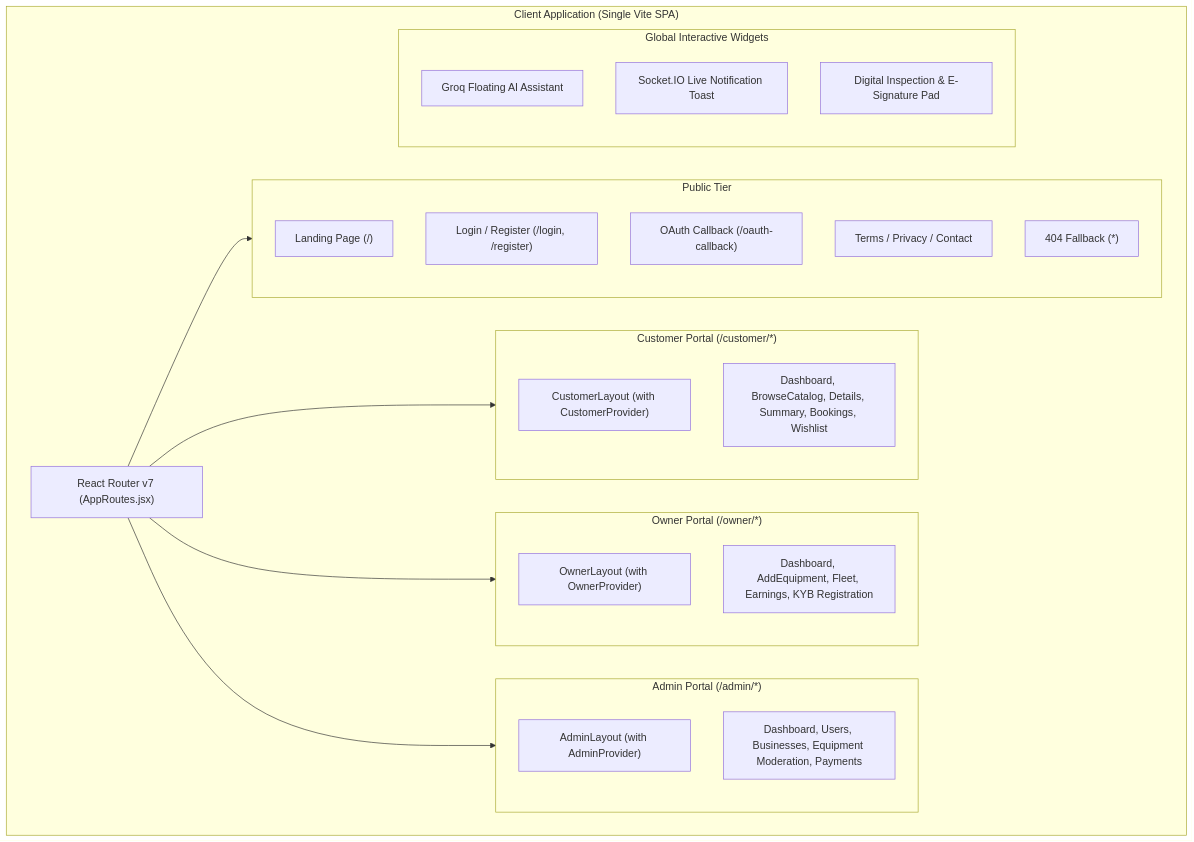
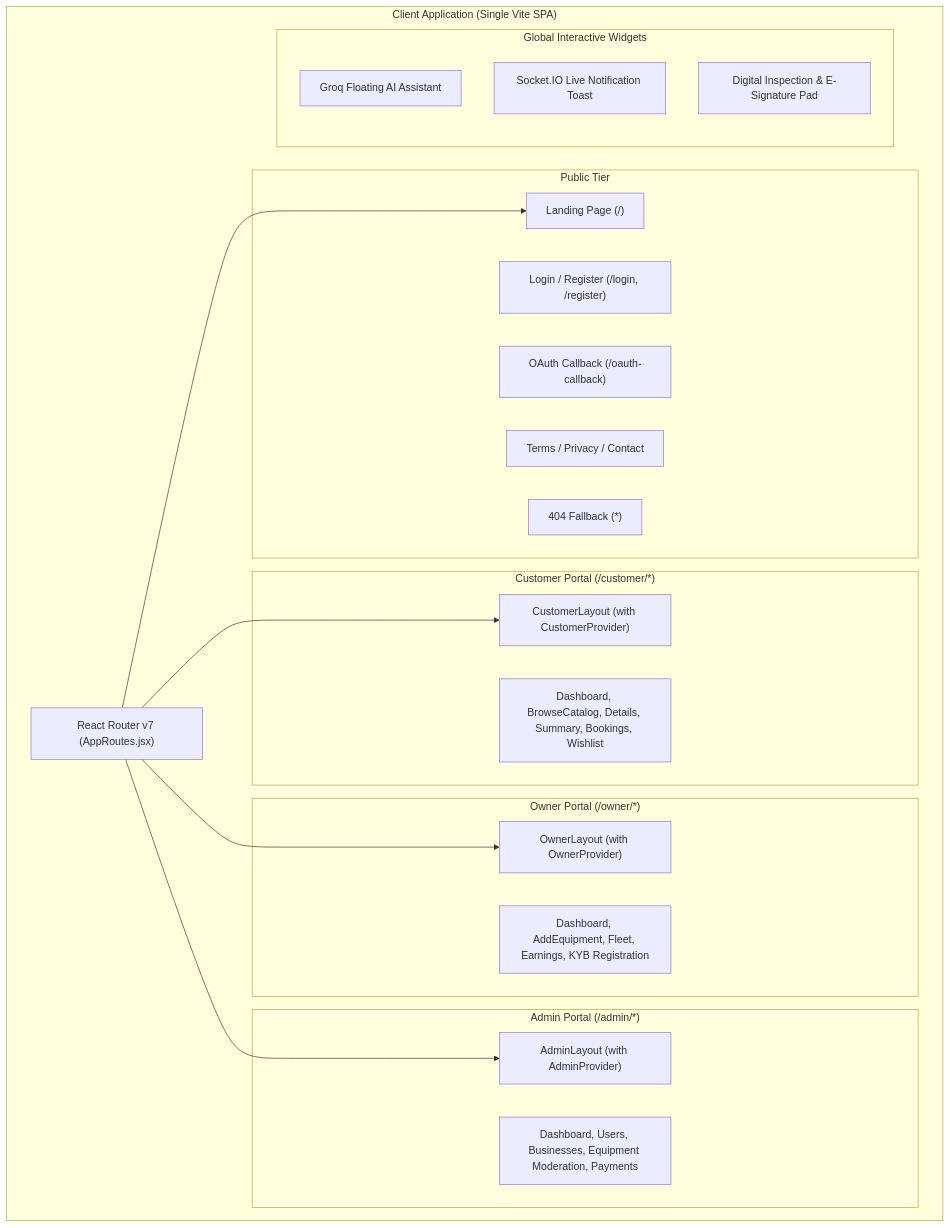
Before and after one commit to Rentra-Internship-Project/Rentra-Internship-Project: the first of 2 diagrams in client/README.md, drawn with Mermaid. The commit also changed 2 other files, not shown here.

Commit message:
fix(docs): resolve GitHub Mermaid diagram coordinate error and LaTeX underscore syntax
- Fix Mermaid flowchart layout by connecting directly between node endpoints rather than subgraph IDs, resolving GitHub's Dagre 'Could not find a suitable point for the given distance' rendering error.

- Replace problematic LaTeX \$\$\text{...}\$\$ equation with universal clean markdown badge flow for the 9-stage booking state machine.

- Replace \$\rightarrow\$ math notation in server/README.md with native unicode arrows (→).

````diff
--- a/client/README.md
+++ b/client/README.md
@@ -39,40 +39,40 @@
 ```mermaid
 flowchart TD
     subgraph Browser ["Client Application (Single Vite SPA)"]
         Router["React Router v7 (AppRoutes.jsx)"]
 
         subgraph PublicScope ["Public Tier"]
             Landing["Landing Page (/)"]
             Auth["Login / Register (/login, /register)"]
             OAuth["OAuth Callback (/oauth-callback)"]
             Legal["Terms / Privacy / Contact"]
             NotFound["404 Fallback (*)"]
         end
 
         subgraph CustomerScope ["Customer Portal (/customer/*)"]
             CustLayout["CustomerLayout (with CustomerProvider)"]
             CustPages["Dashboard, BrowseCatalog, Details, Summary, Bookings, Wishlist"]
         end
 
         subgraph OwnerScope ["Owner Portal (/owner/*)"]
             OwnerLayout["OwnerLayout (with OwnerProvider)"]
             OwnerPages["Dashboard, AddEquipment, Fleet, Earnings, KYB Registration"]
         end
 
         subgraph AdminScope ["Admin Portal (/admin/*)"]
             AdminLayout["AdminLayout (with AdminProvider)"]
             AdminPages["Dashboard, Users, Businesses, Equipment Moderation, Payments"]
         end
 
         subgraph GlobalWidgets ["Global Interactive Widgets"]
             AIChatbot["Groq Floating AI Assistant"]
             ToastNotice["Socket.IO Live Notification Toast"]
             InspectionModal["Digital Inspection & E-Signature Pad"]
         end
     end
 
-    Router --> PublicScope
-    Router --> CustomerScope
-    Router --> OwnerScope
-    Router --> AdminScope
+    Router --> Landing
+    Router --> CustLayout
+    Router --> OwnerLayout
+    Router --> AdminLayout
 ```
````
